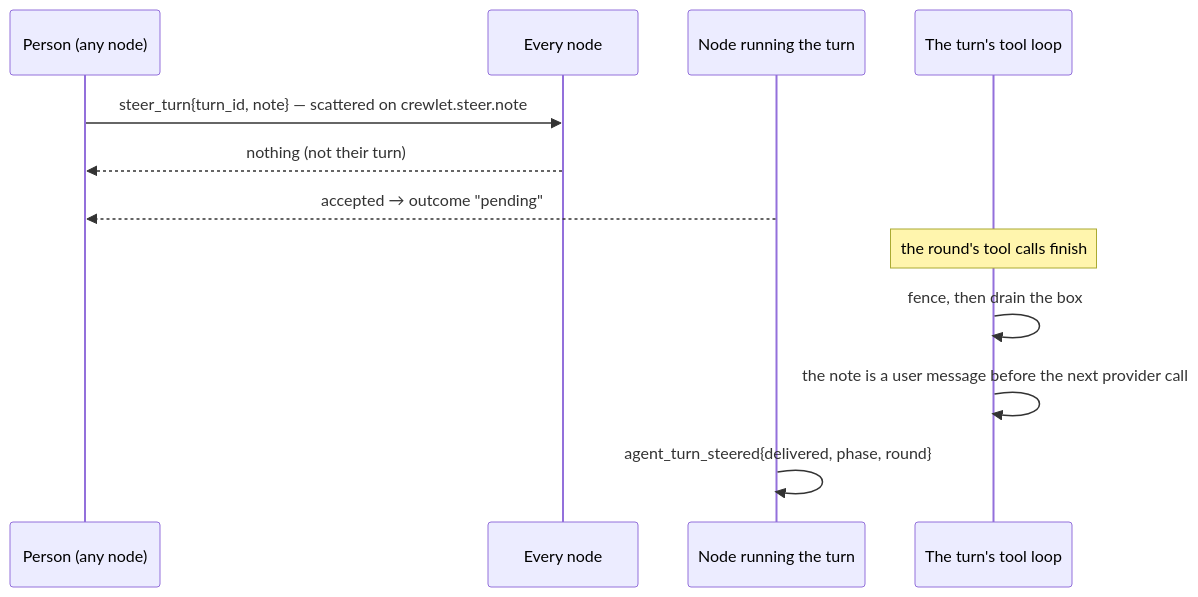
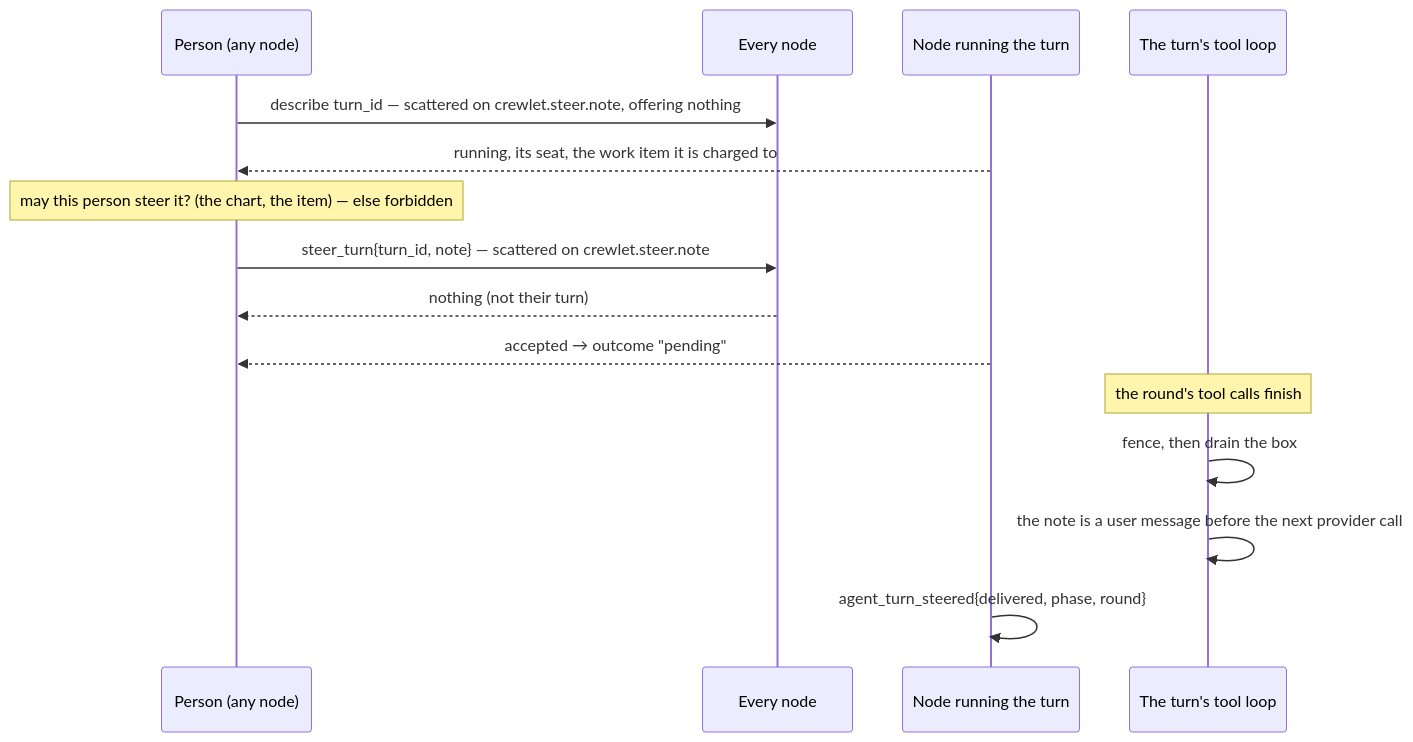
The second of 2 diagrams in docs/concepts/turn-engine.md (crewlet/crewlet), drawn with Mermaid before and after one commit. The commit also changed other lines of this file and 30 other files, not shown here.

````diff
--- a/docs/concepts/turn-engine.md
+++ b/docs/concepts/turn-engine.md
@@ -731,14 +731,17 @@
 ```mermaid
 sequenceDiagram
     participant P as Person (any node)
     participant F as Every node
     participant N as Node running the turn
     participant L as The turn's tool loop
+    P->>F: describe turn_id — scattered on crewlet.steer.note, offering nothing
+    N-->>P: running, its seat, the work item it is charged to
+    Note over P: may this person steer it? (the chart, the item) — else forbidden
     P->>F: steer_turn{turn_id, note} — scattered on crewlet.steer.note
     F-->>P: nothing (not their turn)
     N-->>P: accepted → outcome "pending"
     Note over L: the round's tool calls finish
     L->>L: fence, then drain the box
     L->>L: the note is a user message before the next provider call
     N->>N: agent_turn_steered{delivered, phase, round}
 ```
````
